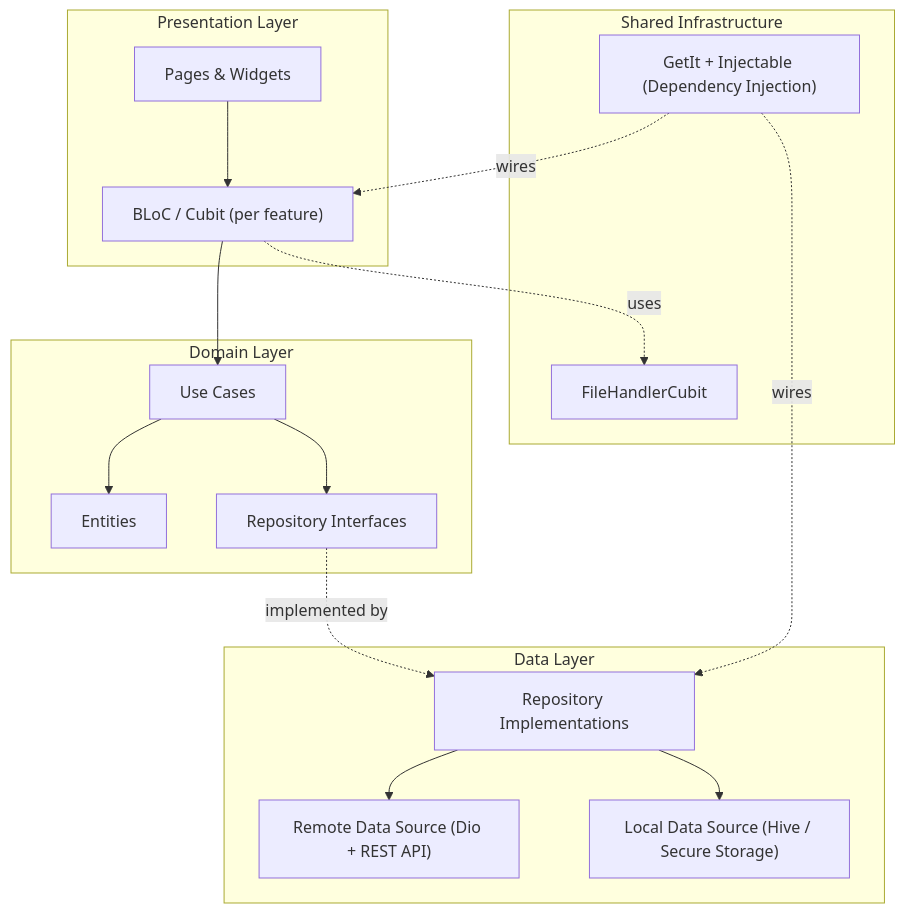
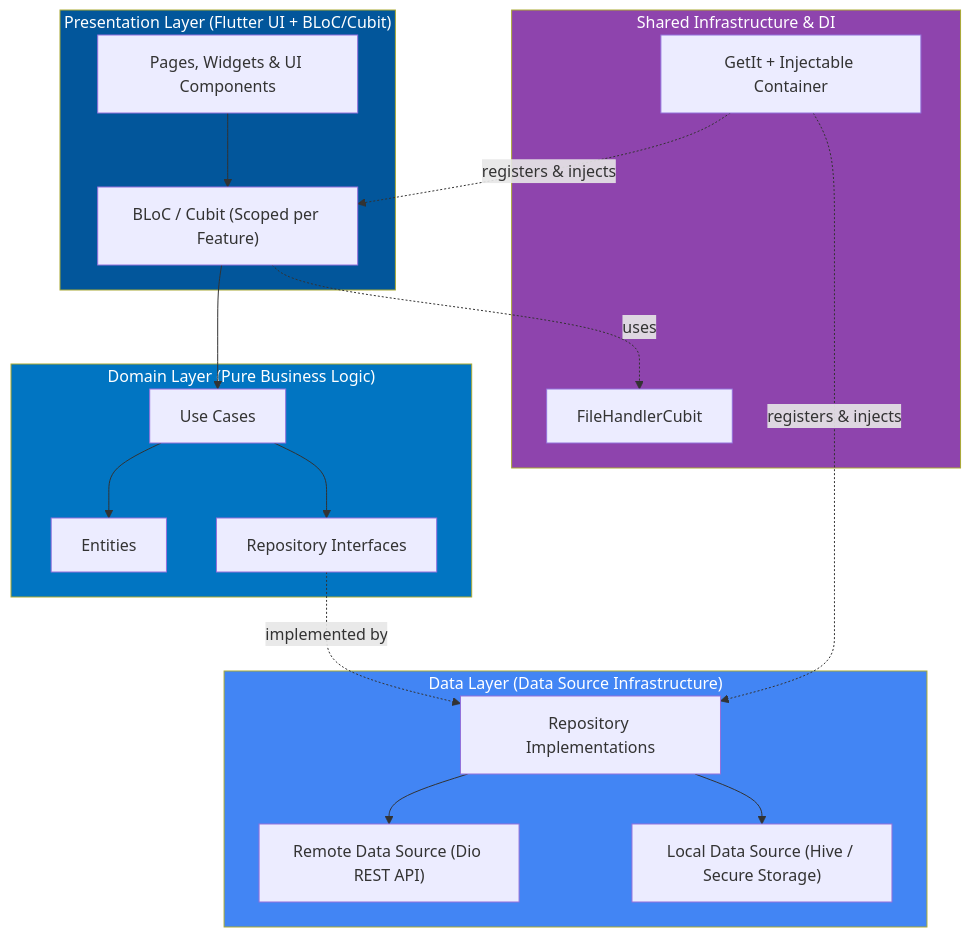
Before and after one commit to Emo2003/chefaa: the first of 2 diagrams in README.md, drawn with Mermaid. The commit also changed other lines of this file, not shown here.

````diff
--- a/README.md
+++ b/README.md
@@ -213,35 +65,41 @@
 ```mermaid
 graph TB
-    subgraph Presentation["Presentation Layer"]
-        UI[Pages & Widgets]
-        Cubit["BLoC / Cubit (per feature)"]
+    subgraph Presentation["Presentation Layer (Flutter UI + BLoC/Cubit)"]
+        UI["Pages, Widgets & UI Components"]
+        Cubit["BLoC / Cubit (Scoped per Feature)"]
     end
 
-    subgraph Domain["Domain Layer"]
-        UseCase[Use Cases]
-        Entity[Entities]
-        Repo_I[Repository Interfaces]
+    subgraph Domain["Domain Layer (Pure Business Logic)"]
+        UseCase["Use Cases"]
+        Entity["Entities"]
+        Repo_I["Repository Interfaces"]
     end
 
-    subgraph Data["Data Layer"]
-        Repo_Impl[Repository Implementations]
-        Remote["Remote Data Source (Dio + REST API)"]
+    subgraph Data["Data Layer (Data Source Infrastructure)"]
+        Repo_Impl["Repository Implementations"]
+        Remote["Remote Data Source (Dio REST API)"]
         Local["Local Data Source (Hive / Secure Storage)"]
     end
 
-    subgraph Shared["Shared Infrastructure"]
-        FileHandler[FileHandlerCubit]
-        DI["GetIt + Injectable (Dependency Injection)"]
+    subgraph Shared["Shared Infrastructure & DI"]
+        FileHandler["FileHandlerCubit"]
+        DI["GetIt + Injectable Container"]
     end
 
     UI --> Cubit
     Cubit --> UseCase
     UseCase --> Entity
     UseCase --> Repo_I
-    Repo_I -.implemented by.-> Repo_Impl
+    Repo_I -. implemented by .-> Repo_Impl
     Repo_Impl --> Remote
     Repo_Impl --> Local
-    Cubit -.uses.-> FileHandler
-    DI -.wires.-> Cubit
-    DI -.wires.-> Repo_Impl
+    Cubit -. uses .-> FileHandler
+    DI -. registers & injects .-> Cubit
+    DI -. registers & injects .-> Repo_Impl
+
+    style Presentation fill:#02569B,color:#fff
+    style Domain fill:#0175C2,color:#fff
+    style Data fill:#4285F4,color:#fff
+    style Shared fill:#8E44AD,color:#fff
+
 ```
````
